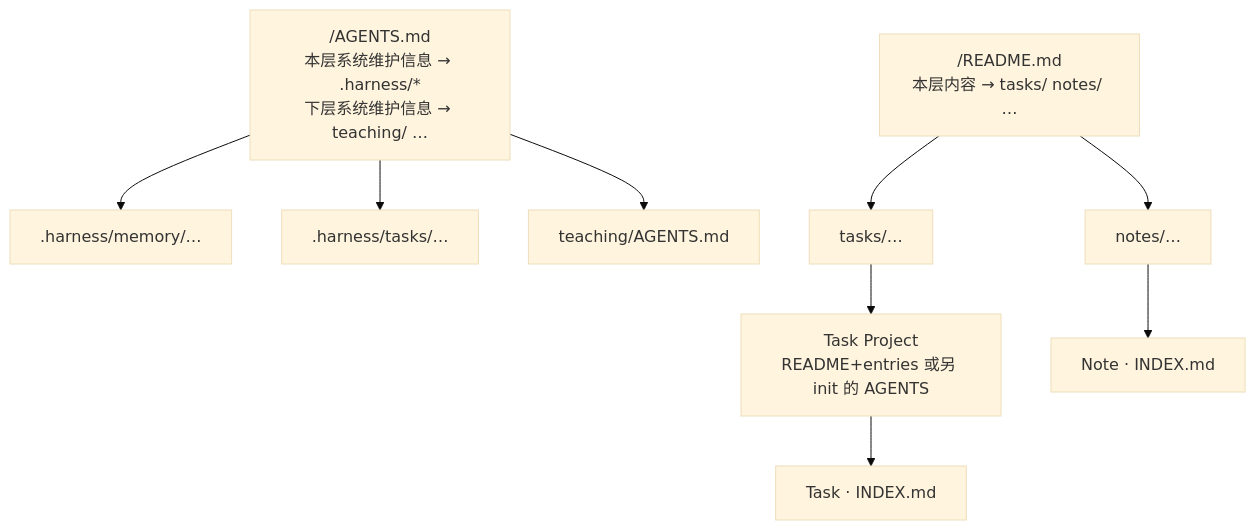
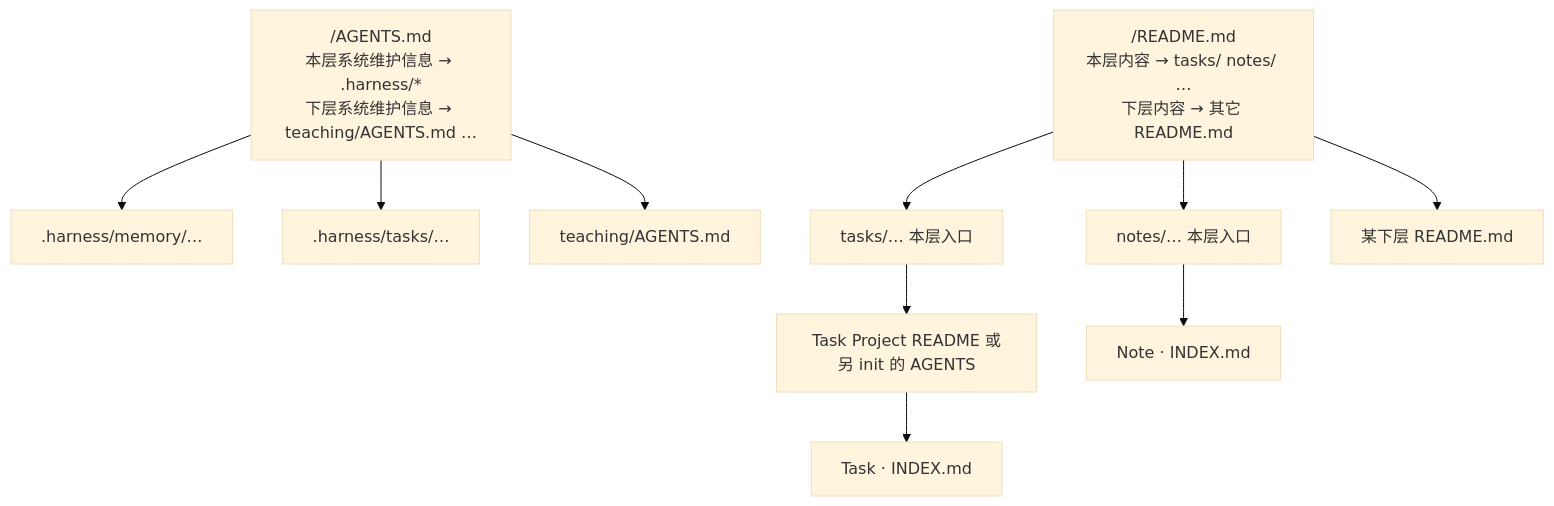
The fifth of 5 diagrams in docs/superpowers/specs/2026-10-06-recursive-system-two-entries-design.md (VirusPC/edges), drawn with Mermaid (base theme) before and after one commit. The commit also changed other lines of this file and 4 other files, not shown here.

````diff
--- a/docs/superpowers/specs/2026-10-06-recursive-system-two-entries-design.md
+++ b/docs/superpowers/specs/2026-10-06-recursive-system-two-entries-design.md
@@ -128,16 +156,17 @@
 ```mermaid
 flowchart TB
-  RootAgents["/AGENTS.md<br/>本层系统维护信息 → .harness/*<br/>下层系统维护信息 → teaching/ …"]
-  RootReadme["/README.md<br/>本层内容 → tasks/ notes/ …"]
+  RootAgents["/AGENTS.md<br/>本层系统维护信息 → .harness/*<br/>下层系统维护信息 → teaching/AGENTS.md …"]
+  RootReadme["/README.md<br/>本层内容 → tasks/ notes/ …<br/>下层内容 → 其它 README.md"]
 
   RootAgents --> HMem[".harness/memory/…"]
   RootAgents --> HTasks[".harness/tasks/…"]
   RootAgents --> Teaching["teaching/AGENTS.md"]
 
-  RootReadme --> DomainTasks["tasks/…"]
-  RootReadme --> Notes["notes/…"]
+  RootReadme --> DomainTasks["tasks/… 本层入口"]
+  RootReadme --> Notes["notes/… 本层入口"]
+  RootReadme --> NestedR["某下层 README.md"]
 
-  DomainTasks --> TP["Task Project<br/>README+entries 或另 init 的 AGENTS"]
+  DomainTasks --> TP["Task Project README 或另 init 的 AGENTS"]
   TP --> TaskLeaf["Task · INDEX.md"]
   Notes --> NoteLeaf["Note · INDEX.md"]
 ```
````
